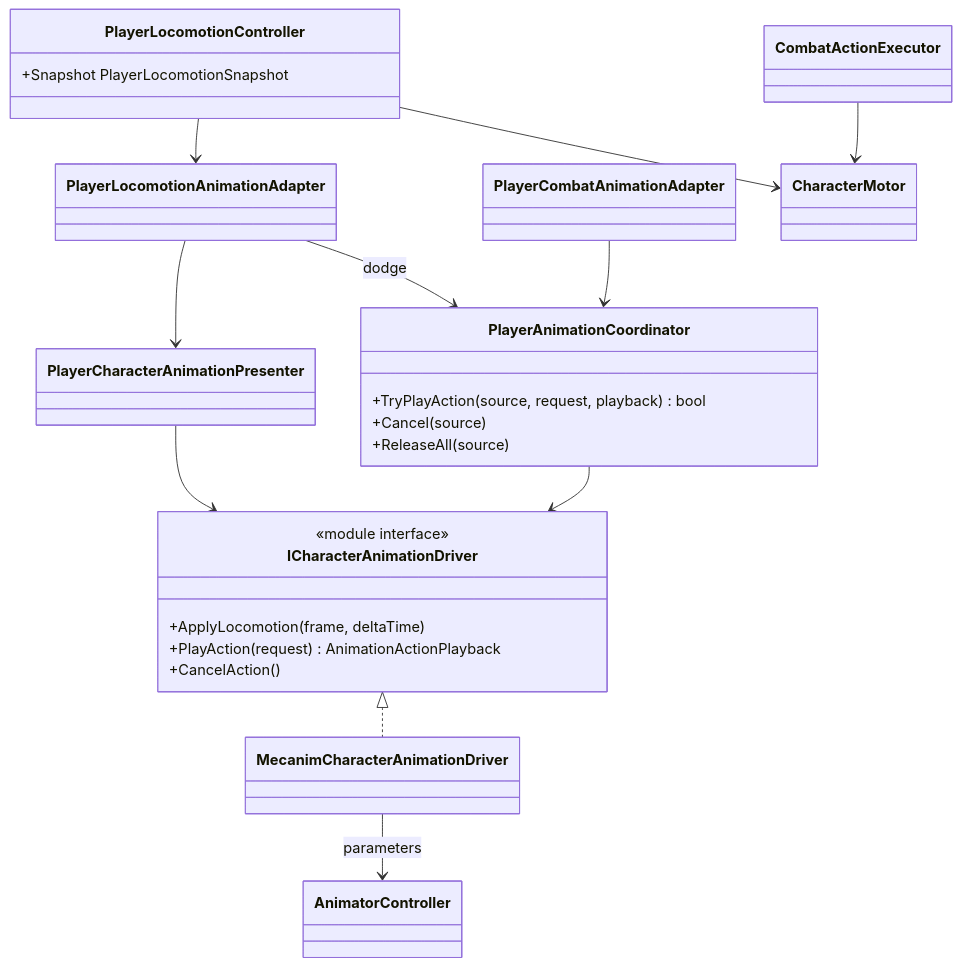
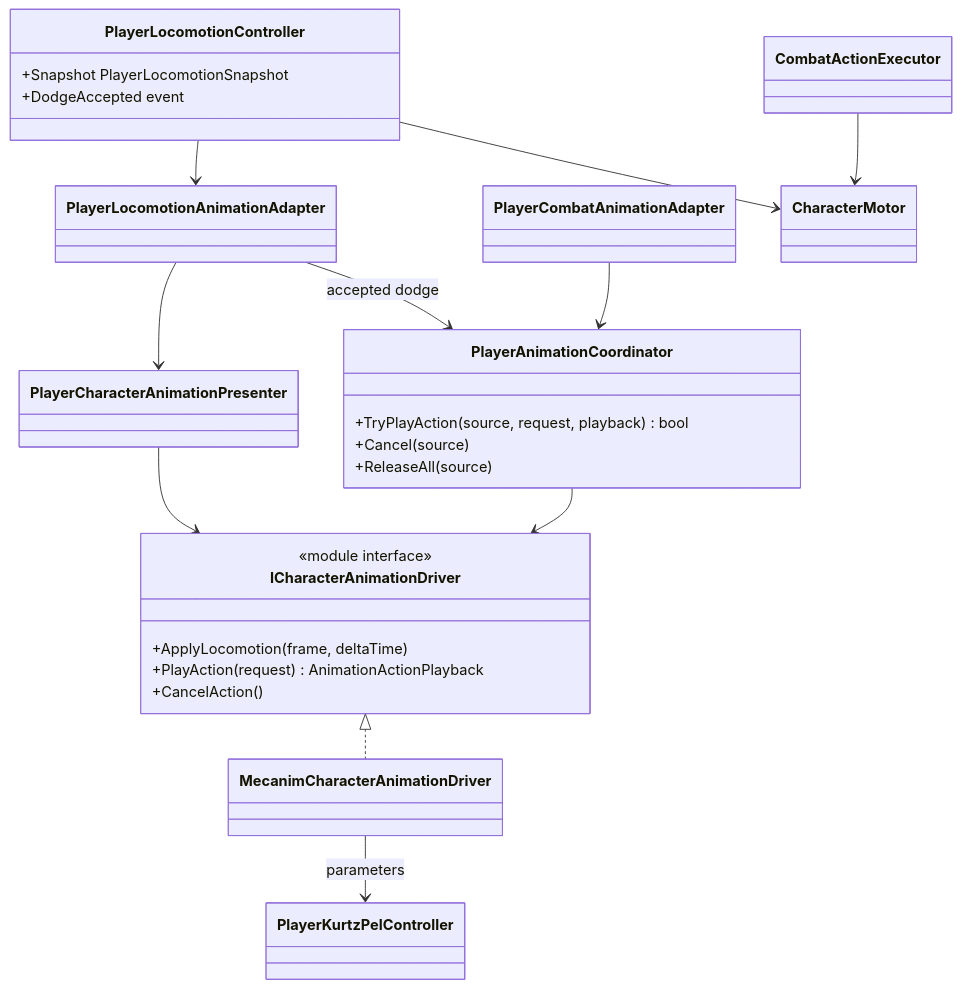
One commit to MaximFonariuc/project-s changed the first of 2 diagrams in Docs/Architecture/Player.Animation.md. Above: the diagram before and after it, drawn with Mermaid. The commit also changed other lines of this file and 92 other files, not shown here.

Commit message:
feat: rebuild player animation system

````diff
--- a/Docs/Architecture/Player.Animation.md
+++ b/Docs/Architecture/Player.Animation.md
@@ -9,35 +10,36 @@
 ```mermaid
 classDiagram
     class PlayerLocomotionController {
         +Snapshot PlayerLocomotionSnapshot
+        +DodgeAccepted event
     }
     class PlayerLocomotionAnimationAdapter
     class PlayerCharacterAnimationPresenter
     class PlayerCombatAnimationAdapter
     class PlayerAnimationCoordinator {
         +TryPlayAction(source, request, playback) bool
         +Cancel(source)
         +ReleaseAll(source)
     }
     class ICharacterAnimationDriver {
         <<module interface>>
         +ApplyLocomotion(frame, deltaTime)
         +PlayAction(request) AnimationActionPlayback
         +CancelAction()
     }
     class MecanimCharacterAnimationDriver
-    class AnimatorController
+    class PlayerKurtzPelController
     class CharacterMotor
     class CombatActionExecutor
 
     PlayerLocomotionController --> PlayerLocomotionAnimationAdapter
     PlayerLocomotionAnimationAdapter --> PlayerCharacterAnimationPresenter
-    PlayerLocomotionAnimationAdapter --> PlayerAnimationCoordinator : dodge
+    PlayerLocomotionAnimationAdapter --> PlayerAnimationCoordinator : accepted dodge
     PlayerCombatAnimationAdapter --> PlayerAnimationCoordinator
     PlayerCharacterAnimationPresenter --> ICharacterAnimationDriver
     PlayerAnimationCoordinator --> ICharacterAnimationDriver
     ICharacterAnimationDriver <|.. MecanimCharacterAnimationDriver
-    MecanimCharacterAnimationDriver --> AnimatorController : parameters
+    MecanimCharacterAnimationDriver --> PlayerKurtzPelController : parameters
     PlayerLocomotionController --> CharacterMotor
     CombatActionExecutor --> CharacterMotor
 ```
````
